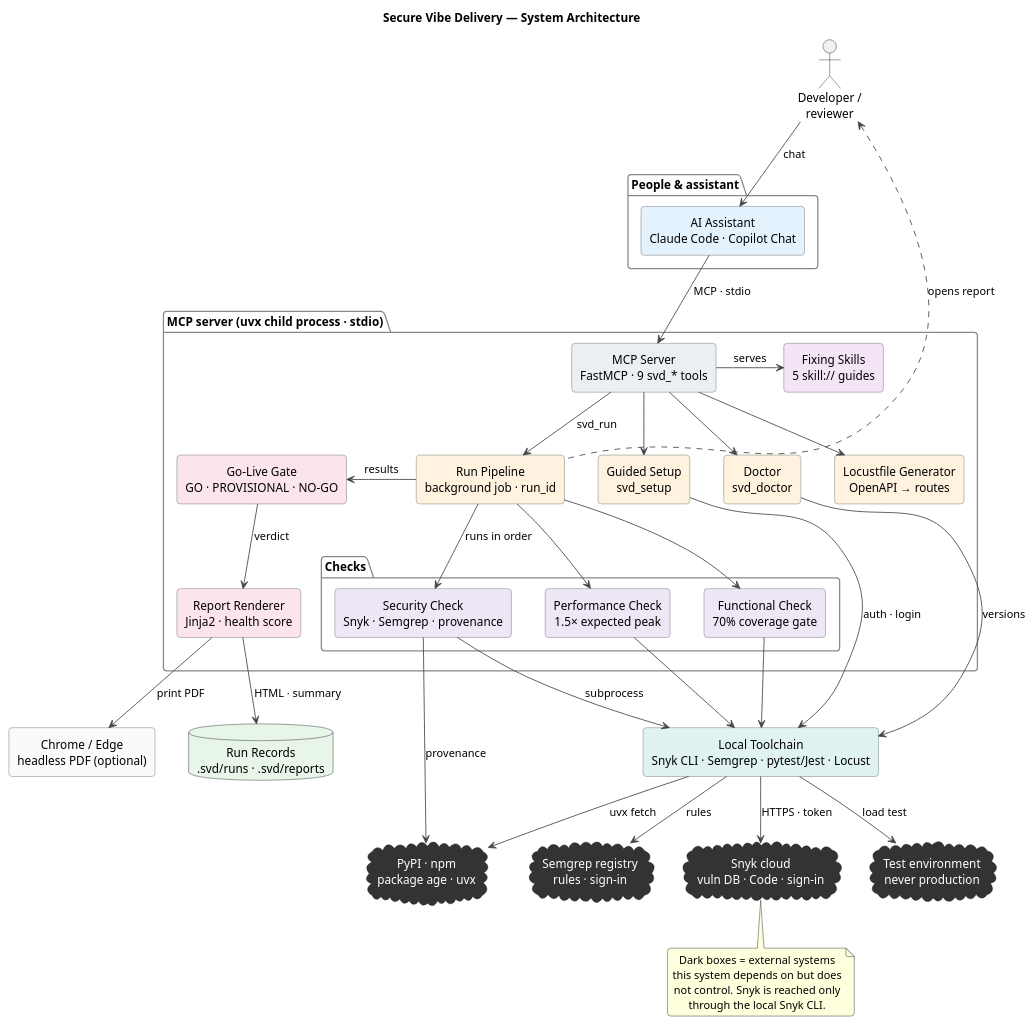
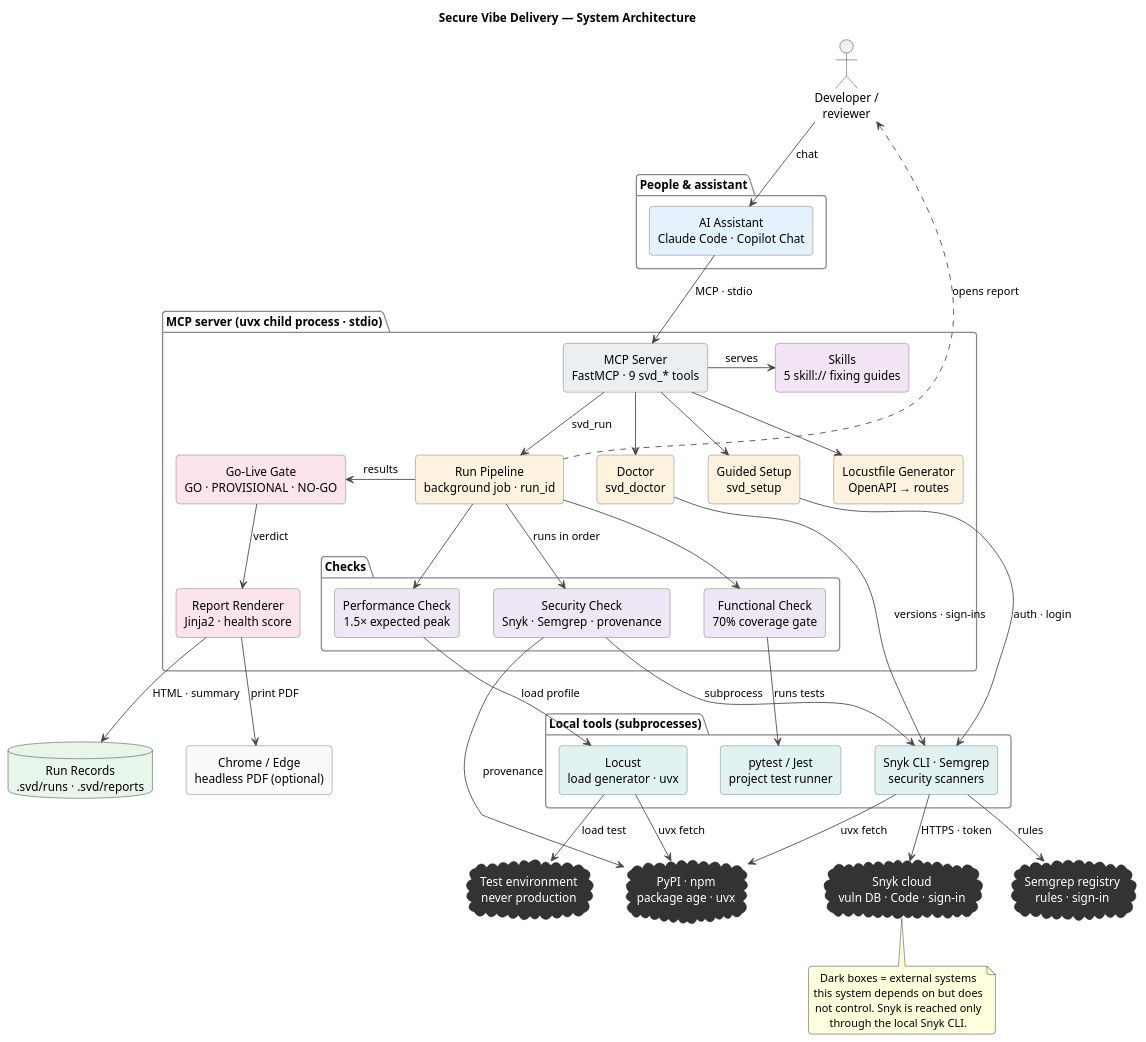
Before and after one commit to t-labs-buy/secure-vibe-delivery: the diagram in docs/architecture/system-diagram.puml, drawn with PlantUML. The commit also changed 8 other files, not shown here.

First line of the commit message:
Docs: diagrams show each check's own local tool

```diff
--- a/docs/architecture/system-diagram.puml
+++ b/docs/architecture/system-diagram.puml
@@ -1,88 +1,93 @@
 @startuml system-diagram
 title Secure Vibe Delivery — System Architecture
 
 skinparam backgroundColor #FFFFFF
 skinparam defaultTextAlignment center
 skinparam shadowing false
 skinparam roundcorner 8
 skinparam nodesep 40
 skinparam ranksep 55
 skinparam rectangle {
   BorderColor #666666
 }
 skinparam cloud {
   BackgroundColor #333333
   FontColor #FFFFFF
   BorderColor #111111
 }
 skinparam package {
   BorderColor #888888
   FontStyle bold
 }
 skinparam ArrowColor #444444
 
 actor "Developer /\nreviewer" as User
 
 package "People & assistant" {
   rectangle "AI Assistant\nClaude Code · Copilot Chat" as AST #E3F2FD
 }
 
 package "MCP server (uvx child process · stdio)" {
   rectangle "MCP Server\nFastMCP · 9 svd_* tools" as MCP #ECEFF1
-  rectangle "Fixing Skills\n5 skill:// guides" as SK #F3E5F5
+  rectangle "Skills\n5 skill:// fixing guides" as SK #F3E5F5
   rectangle "Guided Setup\nsvd_setup" as SETUP #FFF3E0
   rectangle "Doctor\nsvd_doctor" as DOC #FFF3E0
   rectangle "Run Pipeline\nbackground job · run_id" as PIPE #FFF3E0
   rectangle "Locustfile Generator\nOpenAPI → routes" as LGEN #FFF3E0
   package "Checks" {
     rectangle "Security Check\nSnyk · Semgrep · provenance" as SEC #EDE7F6
     rectangle "Functional Check\n70% coverage gate" as FUN #EDE7F6
     rectangle "Performance Check\n1.5× expected peak" as PERF #EDE7F6
   }
   rectangle "Go-Live Gate\nGO · PROVISIONAL · NO-GO" as GATE #FCE4EC
   rectangle "Report Renderer\nJinja2 · health score" as REND #FCE4EC
 }
 
-rectangle "Local Toolchain\nSnyk CLI · Semgrep · pytest/Jest · Locust" as TOOLS #E0F2F1
+package "Local tools (subprocesses)" {
+  rectangle "Snyk CLI · Semgrep\nsecurity scanners" as SCAN #E0F2F1
+  rectangle "pytest / Jest\nproject test runner" as PYT #E0F2F1
+  rectangle "Locust\nload generator · uvx" as LOC #E0F2F1
+}
 database "Run Records\n.svd/runs · .svd/reports" as RUNS #E8F5E9
 rectangle "Chrome / Edge\nheadless PDF (optional)" as CHROME #FAFAFA
 
 cloud "Snyk cloud\nvuln DB · Code · sign-in" as SNYK
 cloud "Semgrep registry\nrules · sign-in" as SGR
 cloud "PyPI · npm\npackage age · uvx" as REG
 cloud "Test environment\nnever production" as TEST
 
 User -down-> AST : chat
 AST -down-> MCP : MCP · stdio
 MCP -right-> SK : serves
 MCP -down-> SETUP
 MCP -down-> DOC
 MCP -down-> PIPE : svd_run
 MCP -down-> LGEN
 PIPE -down-> SEC : runs in order
 PIPE -down-> FUN
 PIPE -down-> PERF
 PIPE -right-> GATE : results
 GATE -down-> REND : verdict
-SEC -down-> TOOLS : subprocess
-FUN -down-> TOOLS
-PERF -down-> TOOLS
-SETUP -down-> TOOLS : auth · login
-DOC -down-> TOOLS : versions
+SEC -down-> SCAN : subprocess
+FUN -down-> PYT : runs tests
+PERF -down-> LOC : load profile
+SETUP -down-> SCAN : auth · login
+DOC -down-> SCAN : versions · sign-ins
 SEC -down-> REG : provenance
-TOOLS -down-> SNYK : HTTPS · token
-TOOLS -down-> SGR : rules
-TOOLS -down-> REG : uvx fetch
-TOOLS -down-> TEST : load test
+SCAN -down-> SNYK : HTTPS · token
+SCAN -down-> SGR : rules
+SCAN -down-> REG : uvx fetch
+LOC -down-> REG : uvx fetch
+LOC -down-> TEST : load test
 REND -down-> CHROME : print PDF
 REND -down-> RUNS : HTML · summary
 PIPE .up.> User : opens report
 
 note bottom of SNYK
   Dark boxes = external systems
   this system depends on but does
   not control. Snyk is reached only
   through the local Snyk CLI.
 end note
 
 @enduml
```
